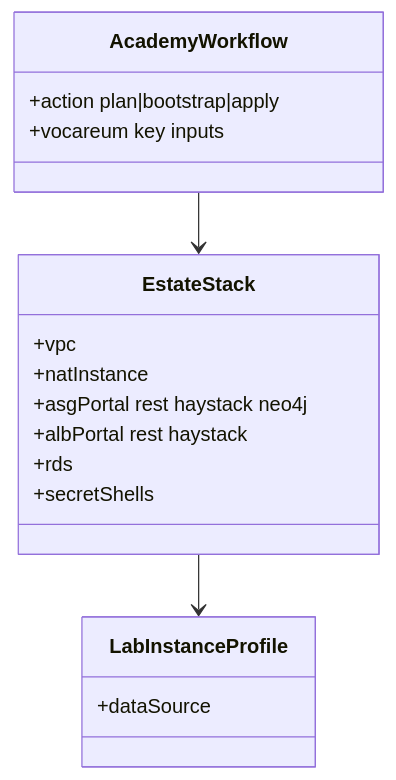
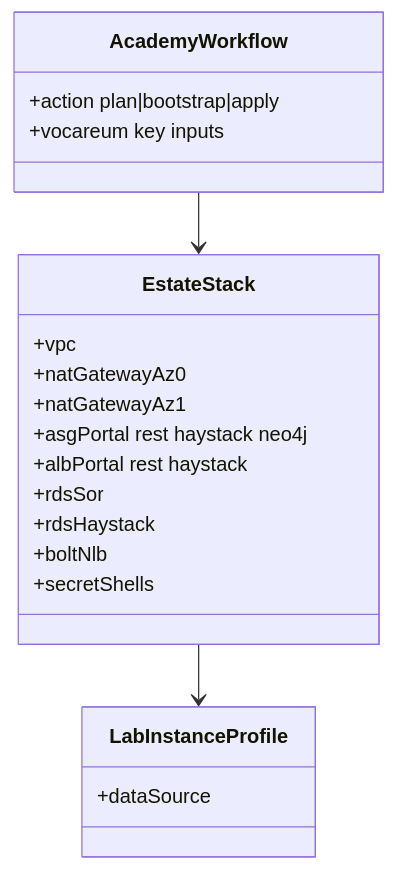
Before and after one commit to Heavy-Rental/heavy-rental-project-instructure-and-cloud-deploy: the diagram in spdd/prompt/add-infra-academy-estate.md, drawn with Mermaid. The commit also changed other lines of this file and 50 other files, not shown here.

````diff
--- a/spdd/prompt/add-infra-academy-estate.md
+++ b/spdd/prompt/add-infra-academy-estate.md
@@ -21,20 +22,23 @@
 ```mermaid
 classDiagram
     class AcademyWorkflow {
       +action plan|bootstrap|apply
       +vocareum key inputs
     }
     class EstateStack {
       +vpc
-      +natInstance
+      +natGatewayAz0
+      +natGatewayAz1
       +asgPortal rest haystack neo4j
       +albPortal rest haystack
-      +rds
+      +rdsSor
+      +rdsHaystack
+      +boltNlb
       +secretShells
     }
     class LabInstanceProfile {
       +dataSource
     }
     AcademyWorkflow --> EstateStack
     EstateStack --> LabInstanceProfile
 ```
````
